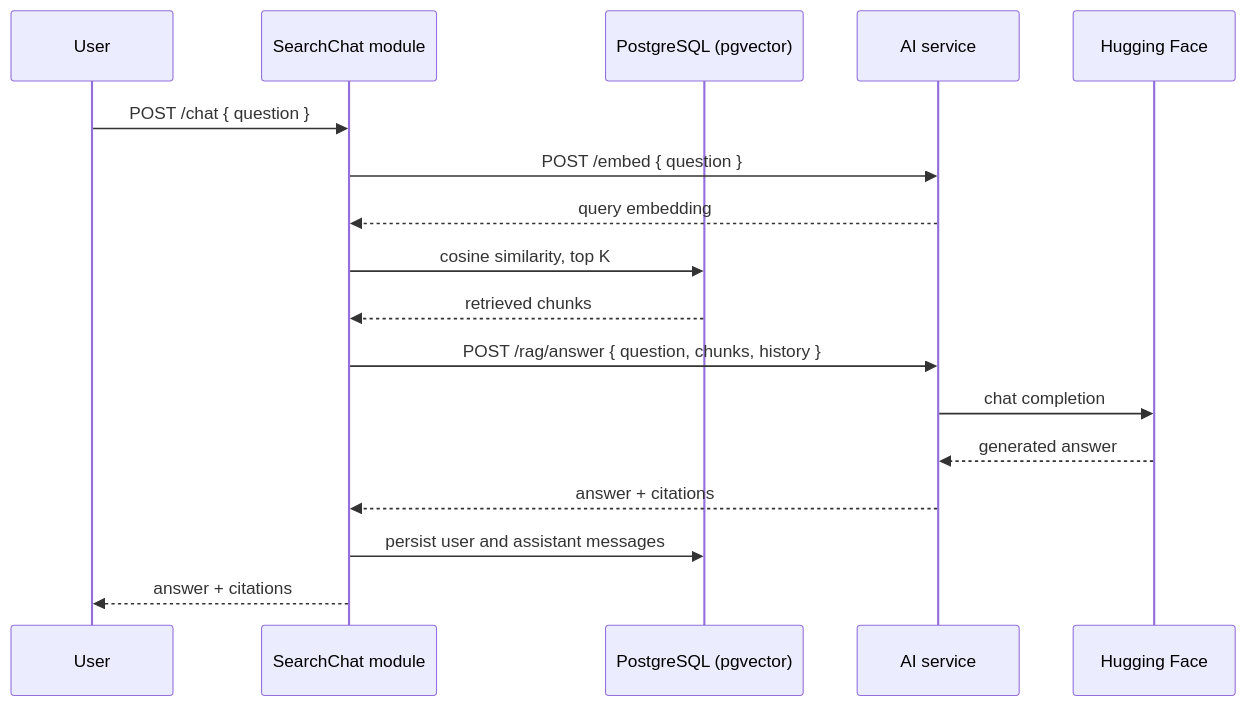
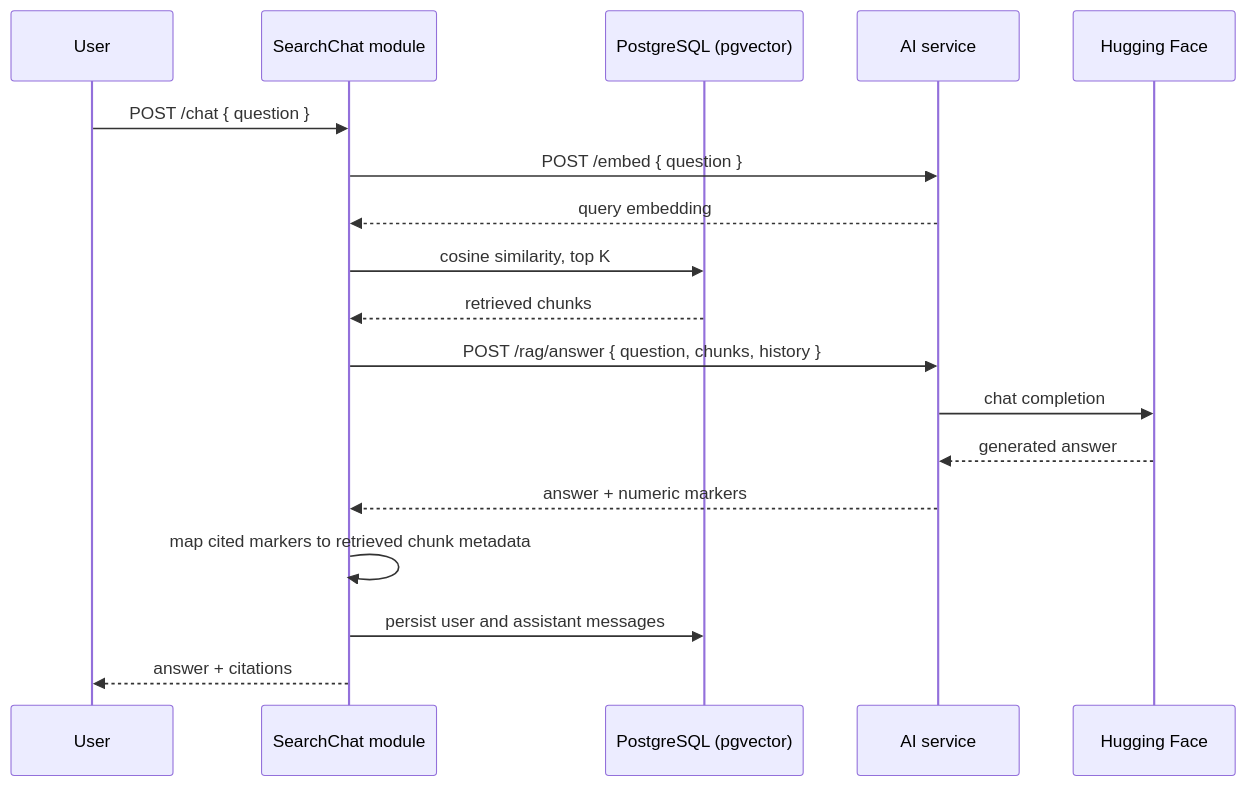
The third of 3 diagrams in docs/architecture.md (AhmadAbughanam/amanah-drive), drawn with Mermaid before and after one commit. The commit also changed other lines of this file and 9 other files, not shown here.

````diff
--- a/docs/architecture.md
+++ b/docs/architecture.md
@@ -89,20 +89,21 @@
 ```mermaid
 sequenceDiagram
     participant U as User
     participant SC as SearchChat module
     participant DB as PostgreSQL (pgvector)
     participant AI as AI service
     participant HF as Hugging Face
 
     U->>SC: POST /chat { question }
     SC->>AI: POST /embed { question }
     AI-->>SC: query embedding
     SC->>DB: cosine similarity, top K
     DB-->>SC: retrieved chunks
     SC->>AI: POST /rag/answer { question, chunks, history }
     AI->>HF: chat completion
     HF-->>AI: generated answer
-    AI-->>SC: answer + citations
+    AI-->>SC: answer + numeric markers
+    SC->>SC: map cited markers to retrieved chunk metadata
     SC->>DB: persist user and assistant messages
     SC-->>U: answer + citations
 ```
````
